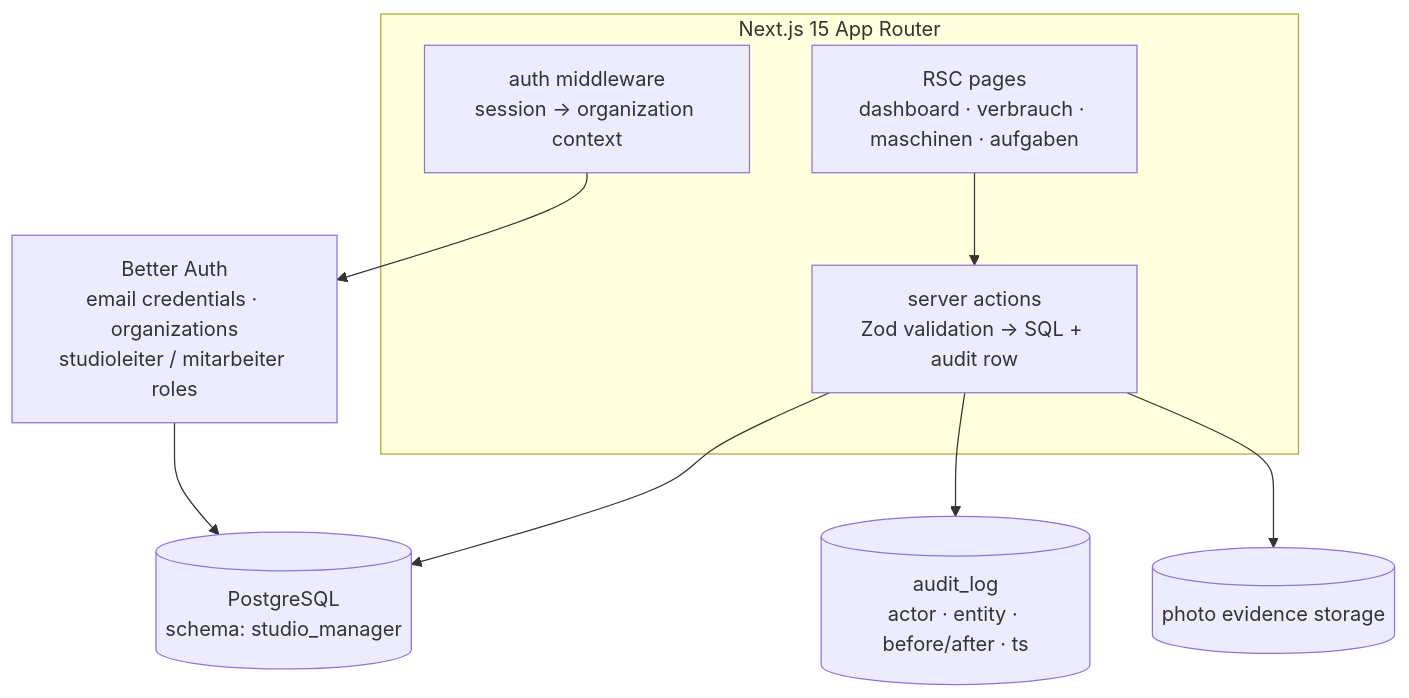
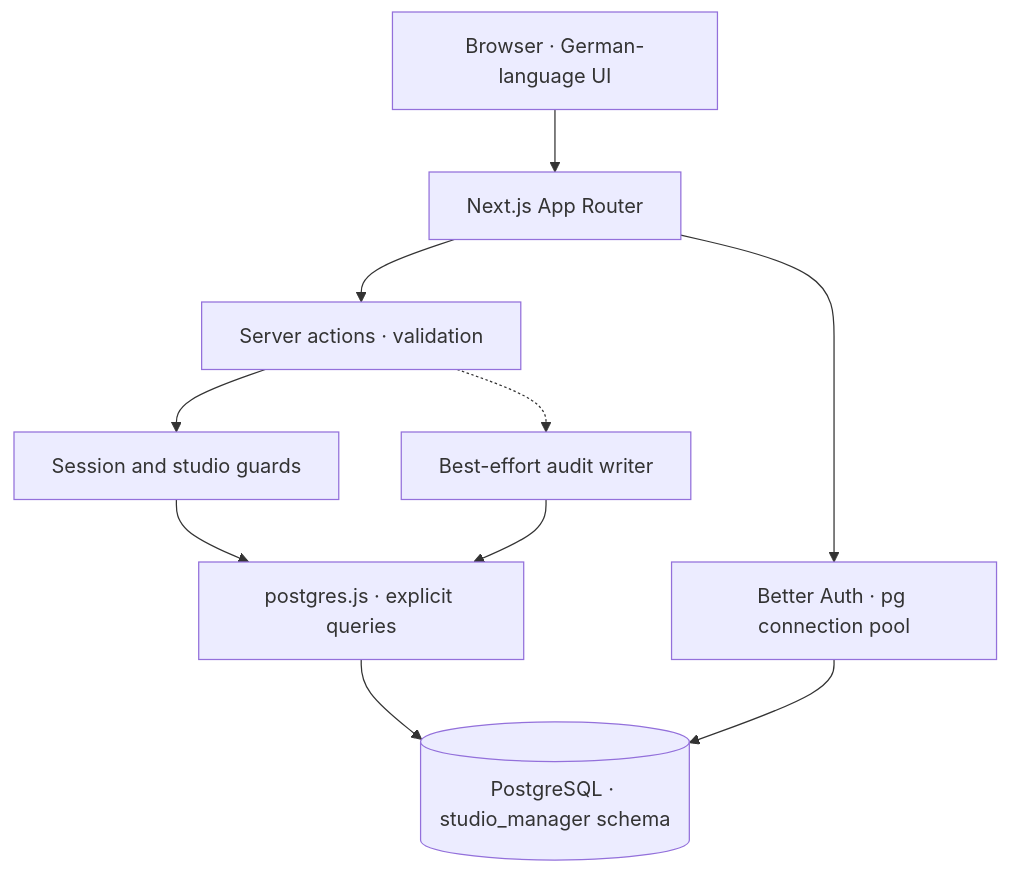
The diagram in docs/architecture.md (Gjusev/studio-command-center), drawn with Mermaid before and after one commit. The commit also changed other lines of this file and 2 other files, not shown here.

````diff
--- a/docs/architecture.md
+++ b/docs/architecture.md
@@ -10,19 +11,12 @@
 ```mermaid
 flowchart TB
-    subgraph Next[Next.js 15 App Router]
-        MW[auth middleware<br/>session → organization context]
-        PAGES[RSC pages<br/>dashboard · verbrauch · maschinen · aufgaben]
-        ACTIONS[server actions<br/>Zod validation → SQL + audit row]
-    end
-    AUTH[Better Auth<br/>email credentials · organizations<br/>studioleiter / mitarbeiter roles]
-    DB[(PostgreSQL<br/>schema: studio_manager)]
-    AUD[(audit_log<br/>actor · entity · before/after · ts)]
-    STORE[(photo evidence storage)]
-
-    MW --> AUTH
-    PAGES --> ACTIONS
-    ACTIONS --> DB
-    ACTIONS --> AUD
-    ACTIONS --> STORE
-    AUTH --> DB
+    BROWSER["Browser · German-language UI"] --> PAGES["Next.js App Router"]
+    PAGES --> ACTIONS["Server actions · validation"]
+    ACTIONS --> GUARDS["Session and studio guards"]
+    GUARDS --> SQL["postgres.js · explicit queries"]
+    SQL --> DB[(PostgreSQL · studio_manager schema)]
+    AUTH["Better Auth · pg connection pool"] --> DB
+    PAGES --> AUTH
+    ACTIONS -.-> AUDIT["Best-effort audit writer"]
+    AUDIT --> SQL
 ```
````
